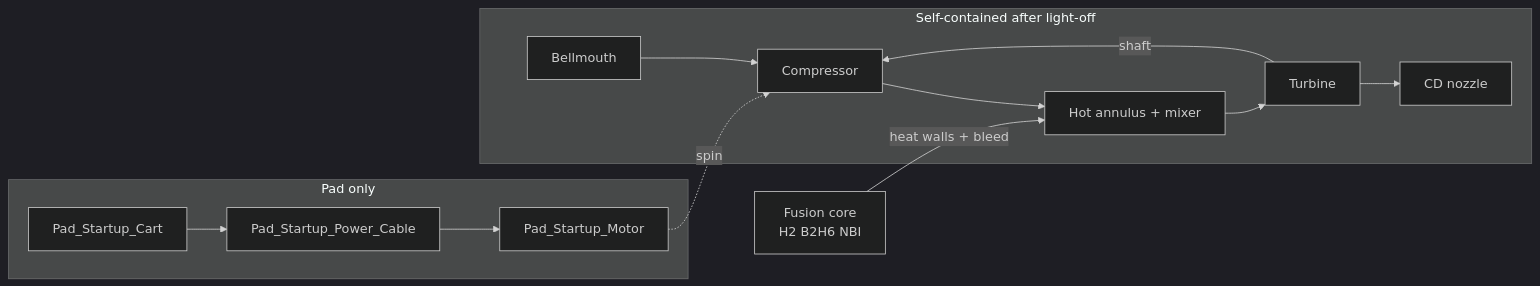
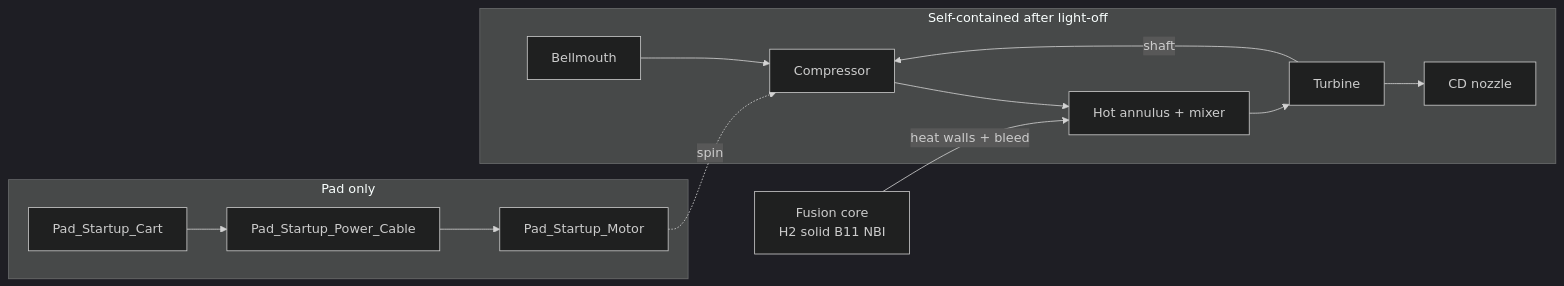
The diagram in gas_flow.md (catskillsresearch/CatskillsFusionSSTO), drawn with Mermaid (dark theme) before and after one commit. The commit also changed other lines of this file and 35 other files, not shown here.

````diff
--- a/gas_flow.md
+++ b/gas_flow.md
@@ -74,21 +74,21 @@
 ```mermaid
 flowchart LR
   subgraph pad [Pad only]
     CART[Pad_Startup_Cart]
     CBL[Pad_Startup_Power_Cable]
     APU[Pad_Startup_Motor]
     CART --> CBL --> APU
   end
   subgraph engine [Self-contained after light-off]
     BM[Bellmouth]
     COMP[Compressor]
     HOT[Hot annulus + mixer]
     TURB[Turbine]
     NOZ[CD nozzle]
   end
-  CORE[Fusion core\nH2 B2H6 NBI]
+  CORE[Fusion core\nH2 solid B11 NBI]
   APU -.->|spin| COMP
   BM --> COMP --> HOT --> TURB --> NOZ
   CORE -->|heat walls + bleed| HOT
   TURB -->|shaft| COMP
 ```
````
